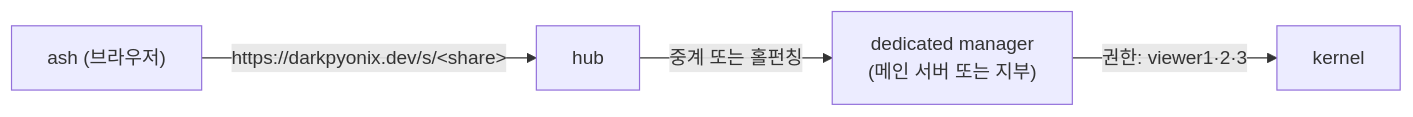
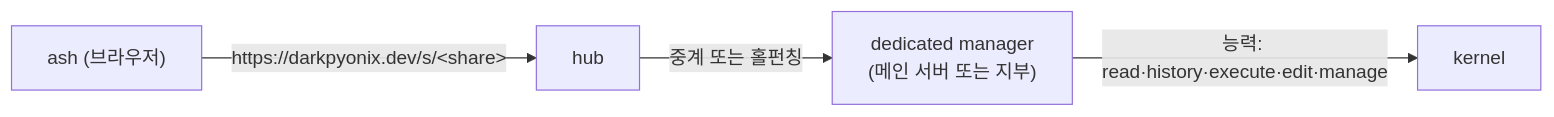
One commit to DarkPyonix/darkpyonix changed the sixth of 6 diagrams in docs/ARCHITECTURE.md. Above: the diagram before and after it, drawn with Mermaid. The commit also changed other lines of this file and 6 other files, not shown here.

````diff
--- a/docs/ARCHITECTURE.md
+++ b/docs/ARCHITECTURE.md
@@ -199,6 +199,6 @@
 ```mermaid
 flowchart LR
   ASH2["ash (브라우저)"] -->|https://darkpyonix.dev/s/&lt;share&gt;| HUB2["hub"]
   HUB2 -->|중계 또는 홀펀칭| DM2["dedicated manager<br/>(메인 서버 또는 지부)"]
-  DM2 -->|권한: viewer1·2·3| K3["kernel"]
+  DM2 -->|능력: read·history·execute·edit·manage| K3["kernel"]
 ```
````
